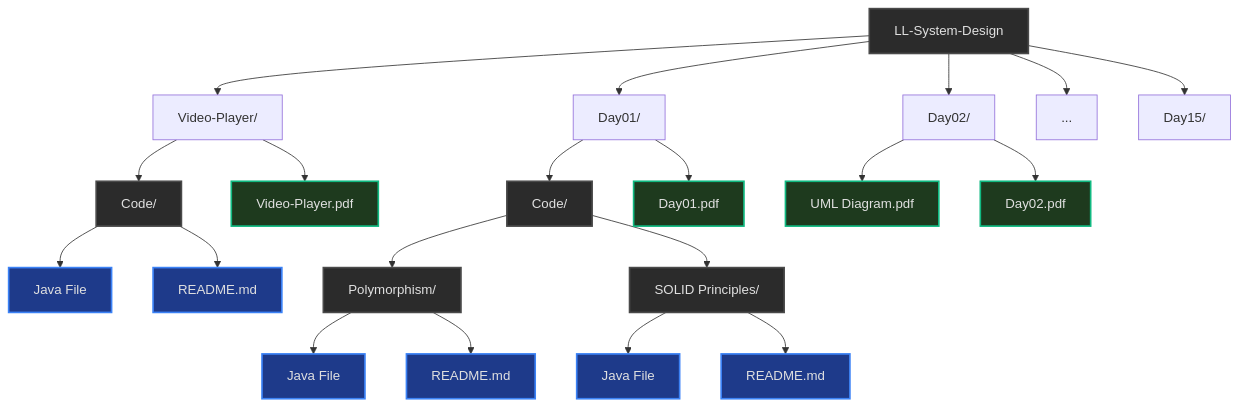
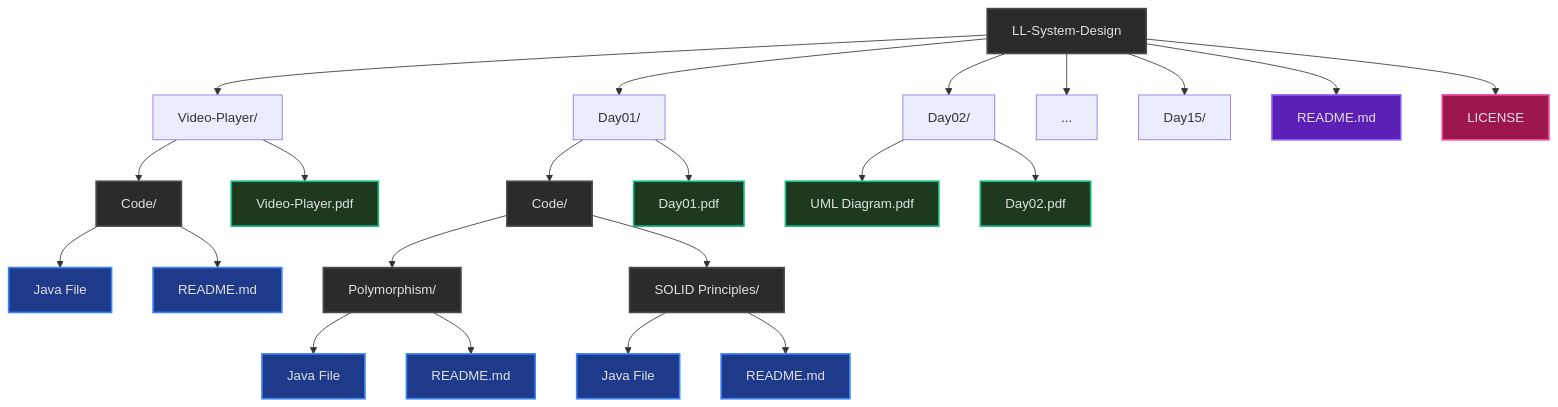
The diagram in README.md (Shree2604/LL-System-Design), drawn with Mermaid before and after one commit.

Commit message:
Added Day02 Content

````diff
--- a/README.md
+++ b/README.md
@@ -13,38 +13,46 @@
 ```mermaid
 graph TD
     %% Main Repository Structure
     A[LL-System-Design] --> B[Video-Player/]
     A --> C[Day01/]
     A --> D[Day02/]
     A --> E[...]
     A --> F[Day15/]
     
     %% Video-Player Structure
     B --> B1[Code/]
     B1 --> B11[Java File]
     B1 --> B12[README.md]
     B --> B2[Video-Player.pdf]
     
     %% Day01 Structure
     C --> C1[Code/]
     C1 --> C11[Polymorphism/]
     C11 --> C111[Java File]
     C11 --> C112[README.md]
     C1 --> C12[SOLID Principles/]
     C12 --> C121[Java File]
     C12 --> C122[README.md]
     C --> C2[Day01.pdf]
 
     %% Day02 Structure
     D --> D1[UML Diagram.pdf]
     D --> D2[Day02.pdf]
     
+    %% Root Level Files
+    A --> A1[README.md]
+    A --> A2[LICENSE]
+    
     %% Styling
     classDef folder fill:#2b2b2b,stroke:#4a4a4a,color:#e0e0e0,stroke-width:2px
     classDef file fill:#1e3a8a,stroke:#3b82f6,color:#e0e0e0,stroke-width:2px
     classDef doc fill:#1e3a1e,stroke:#10b981,color:#e0e0e0,stroke-width:2px
+    classDef readme fill:#5b21b6,stroke:#8b5cf6,color:#e0e0e0,stroke-width:2px
+    classDef license fill:#9d174d,stroke:#ec4899,color:#e0e0e0,stroke-width:2px
     
     class A,C1,C11,C12,B1 folder
     class B11,B12,C111,C112,C121,C122 file
     class B2,C2,D1,D2 doc
+    class A1 readme
+    class A2 license
 ```
````
